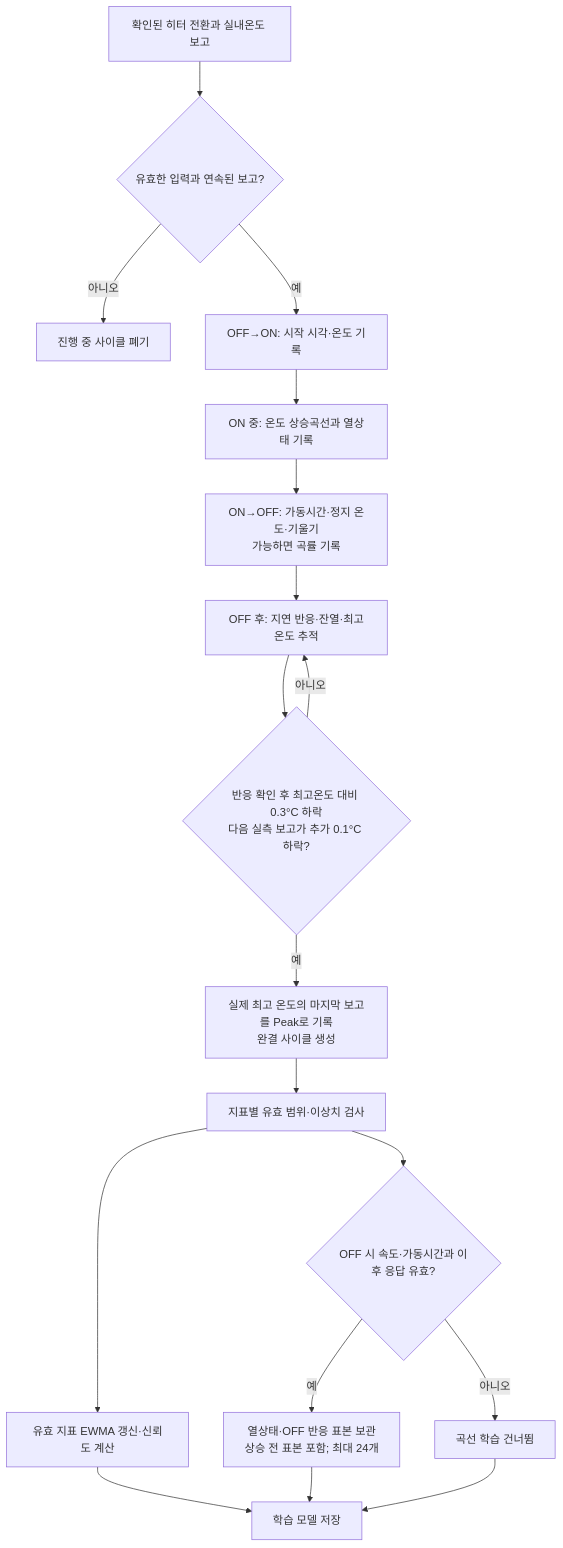
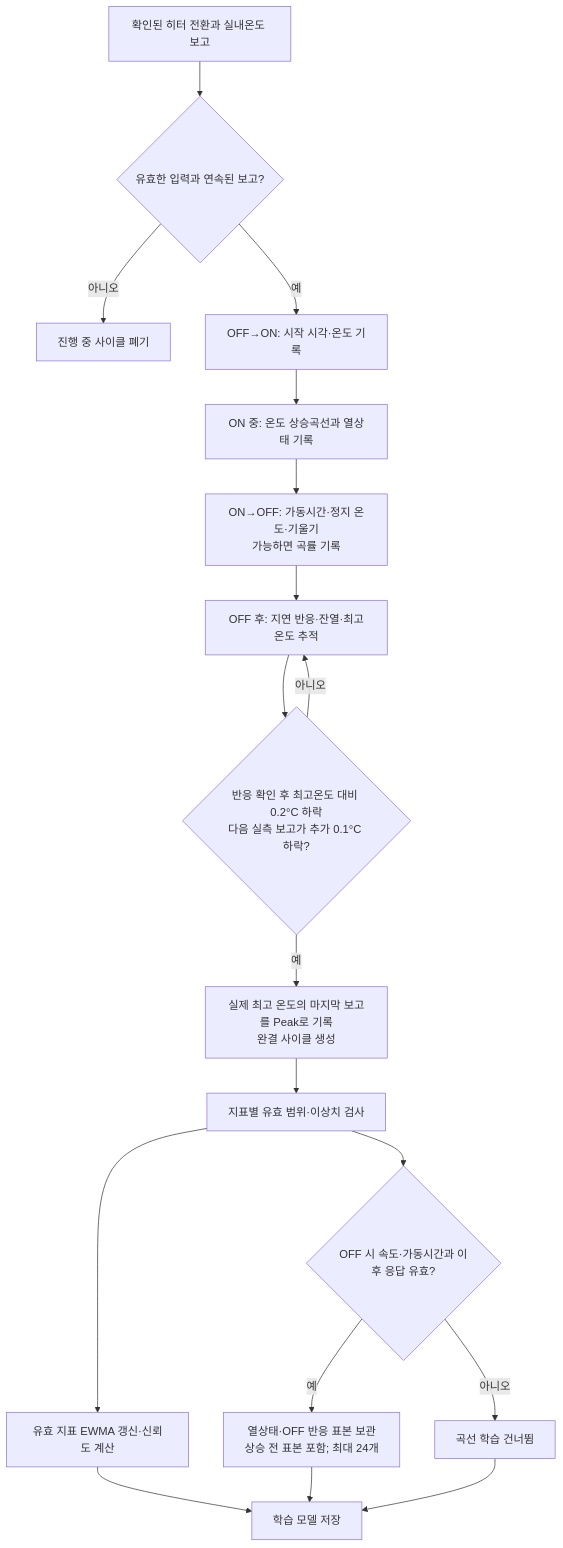
Before and after one commit to plplaaa2/adapted_climate: the first of 2 diagrams in docs/heating_learning_and_auto_control.md, drawn with Mermaid. The commit also changed 11 other files, not shown here.

````diff
--- a/docs/heating_learning_and_auto_control.md
+++ b/docs/heating_learning_and_auto_control.md
@@ -10,20 +10,20 @@
 ```mermaid
 flowchart TD
     A["확인된 히터 전환과 실내온도 보고"] --> B{"유효한 입력과 연속된 보고?"}
     B -- "아니오" --> X["진행 중 사이클 폐기"]
     B -- "예" --> C["OFF→ON: 시작 시각·온도 기록"]
     C --> D["ON 중: 온도 상승곡선과 열상태 기록"]
     D --> E["ON→OFF: 가동시간·정지 온도·기울기<br/>가능하면 곡률 기록"]
     E --> F["OFF 후: 지연 반응·잔열·최고온도 추적"]
-    F --> G{"반응 확인 후 최고온도 대비 0.3°C 하락<br/>다음 실측 보고가 추가 0.1°C 하락?"}
+    F --> G{"반응 확인 후 최고온도 대비 0.2°C 하락<br/>다음 실측 보고가 추가 0.1°C 하락?"}
     G -- "아니오" --> F
     G -- "예" --> H["실제 최고 온도의 마지막 보고를 Peak로 기록<br/>완결 사이클 생성"]
     H --> I["지표별 유효 범위·이상치 검사"]
     I --> J["유효 지표 EWMA 갱신·신뢰도 계산"]
     I --> K{"OFF 시 속도·가동시간과 이후 응답 유효?"}
     K -- "예" --> L["열상태·OFF 반응 표본 보관<br/>상승 전 표본 포함; 최대 24개"]
     K -- "아니오" --> M["곡선 학습 건너뜀"]
     J --> N["학습 모델 저장"]
     L --> N
     M --> N
 ```
````
